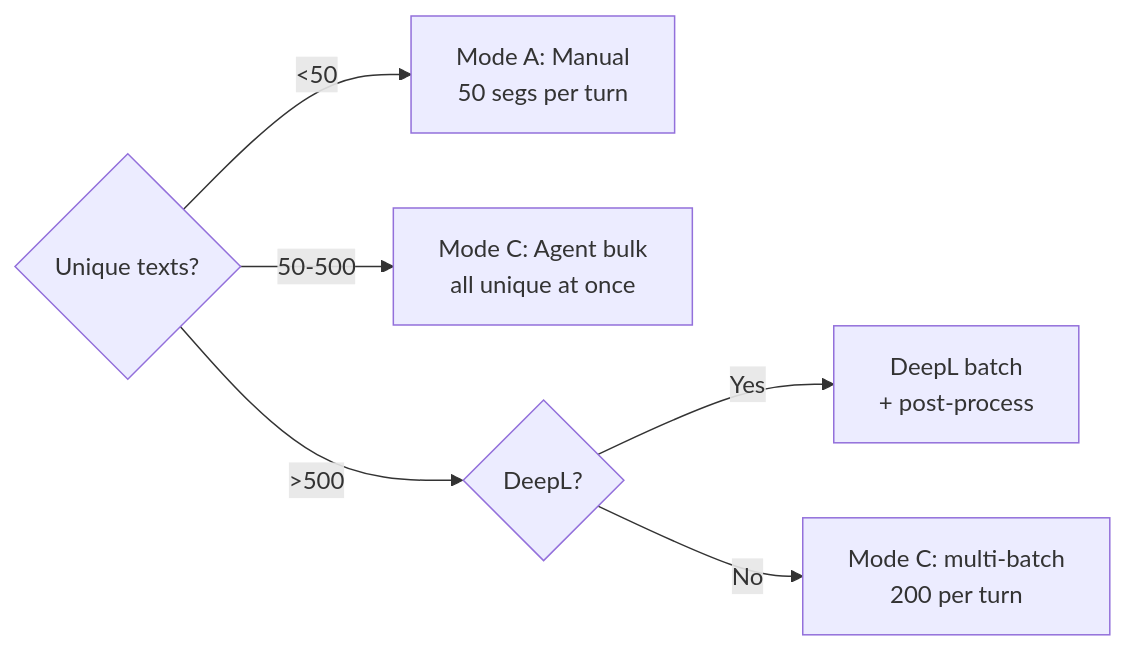
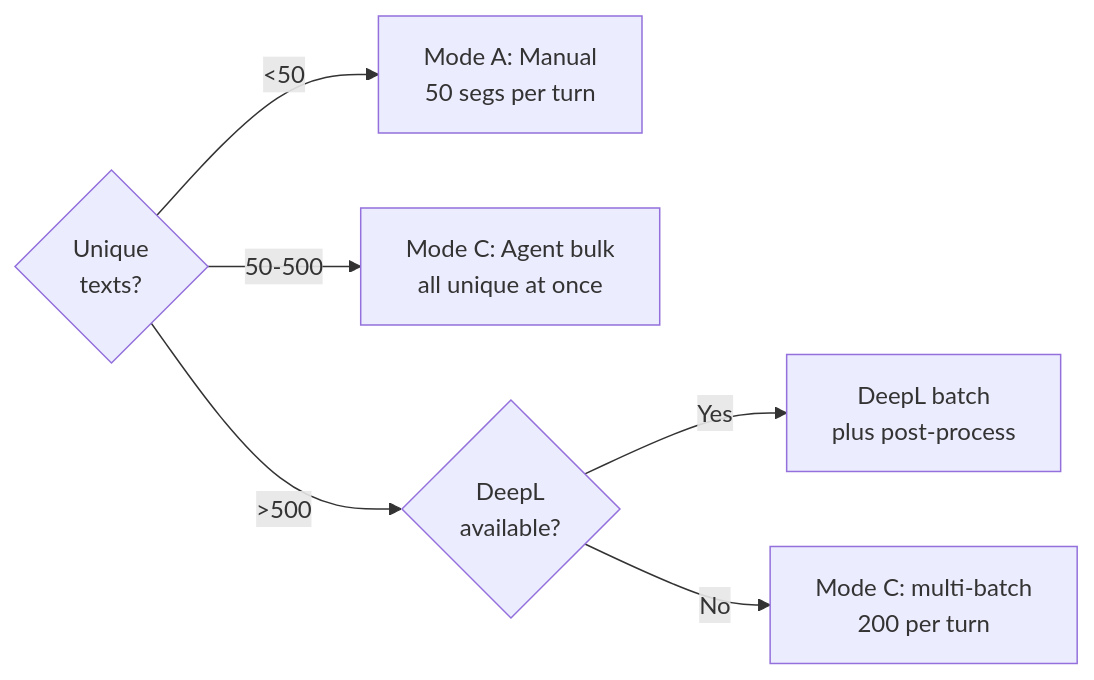
Before and after one commit to hug0-l/subBridge-skill: the second of 3 diagrams in README.md, drawn with Mermaid. The commit also changed other lines of this file and 1 other file, not shown here.

Commit message:
Fix Mermaid graph syntax: remove parens in node labels, use quoted strings

````diff
--- a/README.md
+++ b/README.md
@@ -86,8 +86,8 @@
 ```mermaid
 graph LR
-    UNIQ{Unique texts?} -->|<50| A[Mode A: Manual<br/>50 segs per turn]
-    UNIQ -->|50-500| C[Mode C: Agent bulk<br/>all unique at once]
-    UNIQ -->|>500| D{DeepL?}
-    D -->|Yes| DL[DeepL batch<br/>+ post-process]
-    D -->|No| C2[Mode C: multi-batch<br/>200 per turn]
+    U{Unique<br/>texts?} -->|<50| A["Mode A: Manual<br/>50 segs per turn"]
+    U -->|50-500| C["Mode C: Agent bulk<br/>all unique at once"]
+    U -->|>500| D{"DeepL<br/>available?"}
+    D -->|Yes| DL["DeepL batch<br/>plus post-process"]
+    D -->|No| C2["Mode C: multi-batch<br/>200 per turn"]
 ```
````
